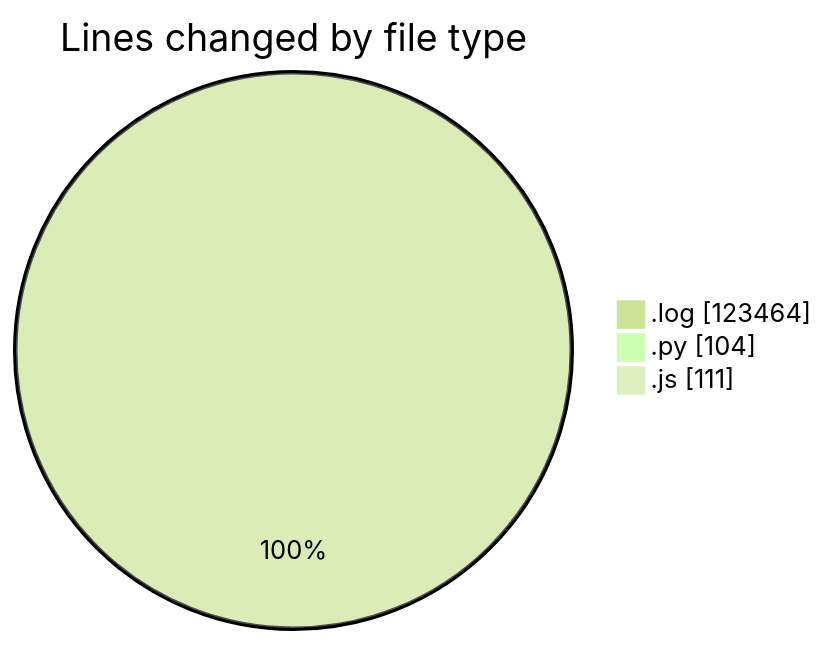
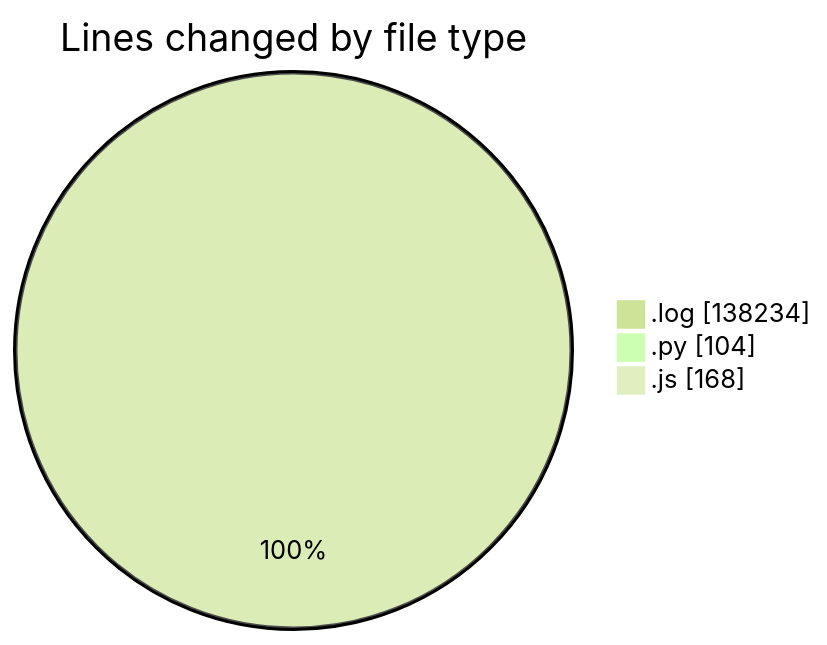
One commit to nxtqubesakshisongat/code-tracking changed the first of 2 diagrams in 2025-04-10/nxtqube_webapp/README.md. Above: the diagram before and after it, drawn with Mermaid (forest theme). The commit also changed other lines of this file and 1 other file, not shown here.

````diff
--- a/2025-04-10/nxtqube_webapp/README.md
+++ b/2025-04-10/nxtqube_webapp/README.md
@@ -22,7 +22,7 @@
 ```mermaid
 pie showData
 title Lines changed by file type
-".log" : 123464
+".log" : 138234
 ".py" : 104
-".js" : 111
+".js" : 168
 ```
````
